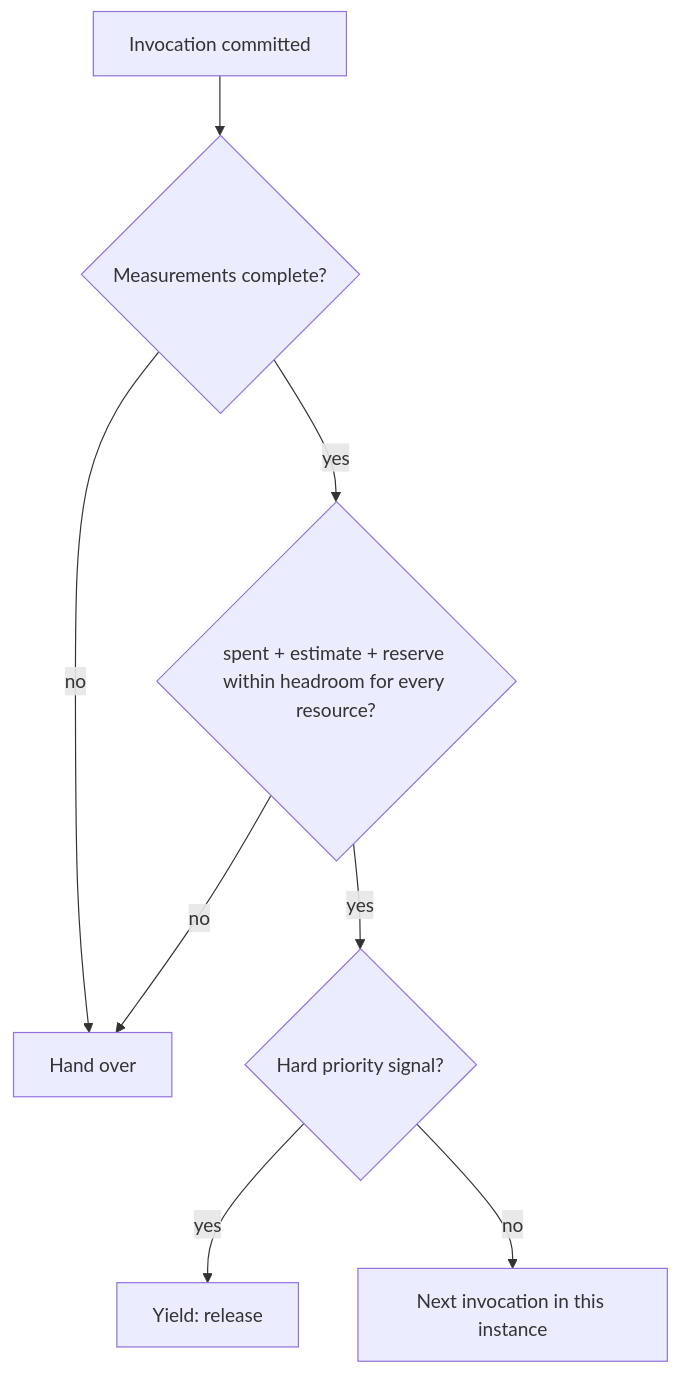
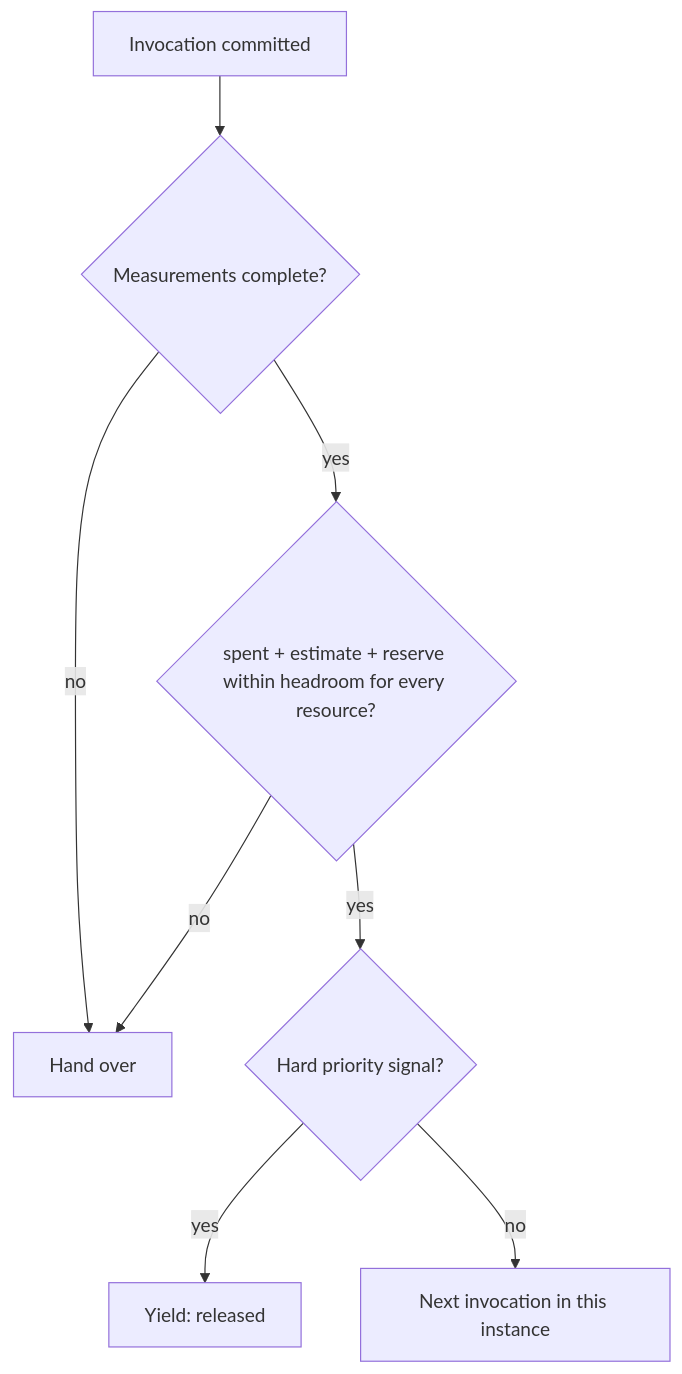
Before and after one commit to vladimino/iptv-watchlist: the fifth of 5 diagrams in docs/adr/0141-producer-workflow-chain-protocol.md, drawn with Mermaid. The commit also changed other lines of this file and 1 other file, not shown here.

First line of the commit message:
docs(adr): revise ADR 0141 after architecture review (AIR-374)

````diff
--- a/docs/adr/0141-producer-workflow-chain-protocol.md
+++ b/docs/adr/0141-producer-workflow-chain-protocol.md
@@ -255,10 +327,10 @@
 ```mermaid
 flowchart TD
     S[Invocation committed] --> M{Measurements complete?}
     M -- no --> HO[Hand over]
     M -- yes --> F{spent + estimate + reserve within headroom for every resource?}
     F -- no --> HO
     F -- yes --> P{Hard priority signal?}
-    P -- yes --> Y[Yield: release]
+    P -- yes --> Y[Yield: released]
     P -- no --> N[Next invocation in this instance]
 ```
````
